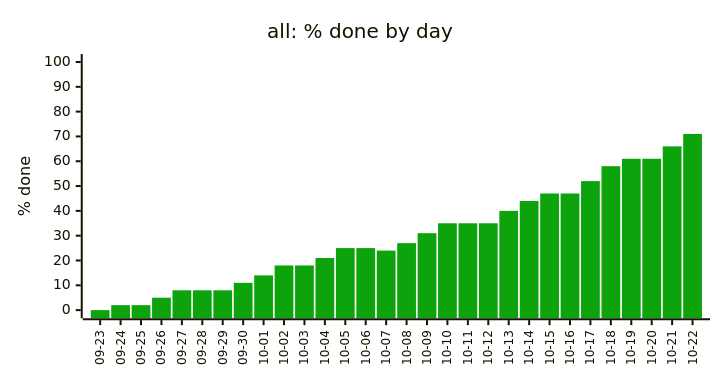
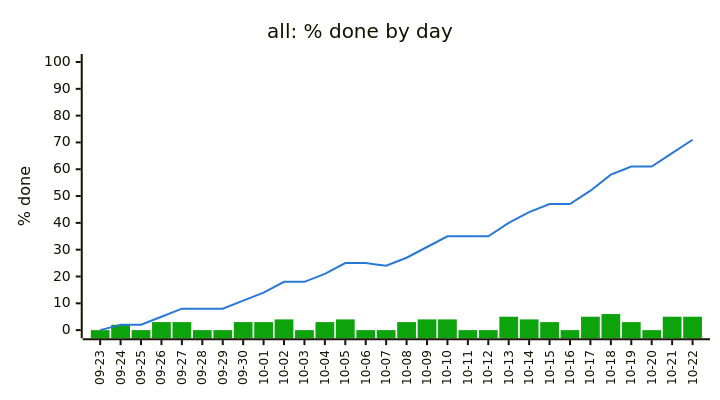
The second of 3 diagrams in examples/trend-sample.md (bvraghav/pmtrack), drawn with Mermaid before and after one commit. The commit also changed other lines of this file and 3 other files, not shown here.

````diff
--- a/examples/trend-sample.md
+++ b/examples/trend-sample.md
@@ -29,8 +34,9 @@
 ```mermaid
-%%{init: {"themeVariables": {"xyChart": {"plotColorPalette": "#0ca30c"}}, "xyChart": {"height": 360, "xAxis": {"labelRotation": -90, "labelFontSize": 12}}}}%%
+%%{init: {"themeVariables": {"xyChart": {"plotColorPalette": "#0ca30c,#2a78d6"}}, "xyChart": {"height": 380, "xAxis": {"labelRotation": -90, "labelFontSize": 12}}}}%%
 xychart-beta
   title "all: % done by day"
   x-axis ["09-23", "09-24", "09-25", "09-26", "09-27", "09-28", "09-29", "09-30", "10-01", "10-02", "10-03", "10-04", "10-05", "10-06", "10-07", "10-08", "10-09", "10-10", "10-11", "10-12", "10-13", "10-14", "10-15", "10-16", "10-17", "10-18", "10-19", "10-20", "10-21", "10-22"]
   y-axis "% done" 0 --> 100
-  bar [0, 2, 2, 5, 8, 8, 8, 11, 14, 18, 18, 21, 25, 25, 24, 27, 31, 35, 35, 35, 40, 44, 47, 47, 52, 58, 61, 61, 66, 71]
+  bar [0, 2, 0, 3, 3, 0, 0, 3, 3, 4, 0, 3, 4, 0, 0, 3, 4, 4, 0, 0, 5, 4, 3, 0, 5, 6, 3, 0, 5, 5]
+  line [0, 2, 2, 5, 8, 8, 8, 11, 14, 18, 18, 21, 25, 25, 24, 27, 31, 35, 35, 35, 40, 44, 47, 47, 52, 58, 61, 61, 66, 71]
 ```
````
